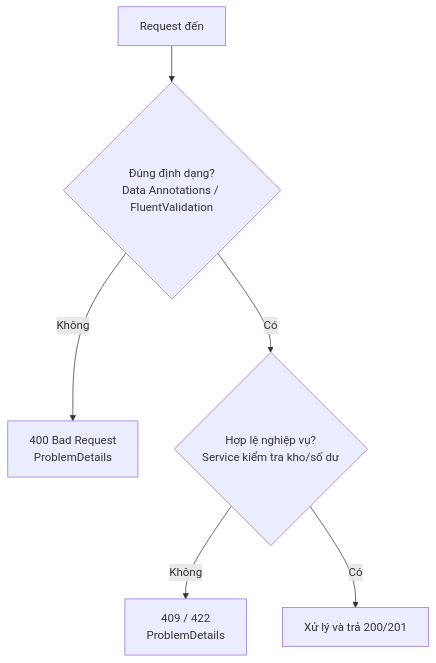
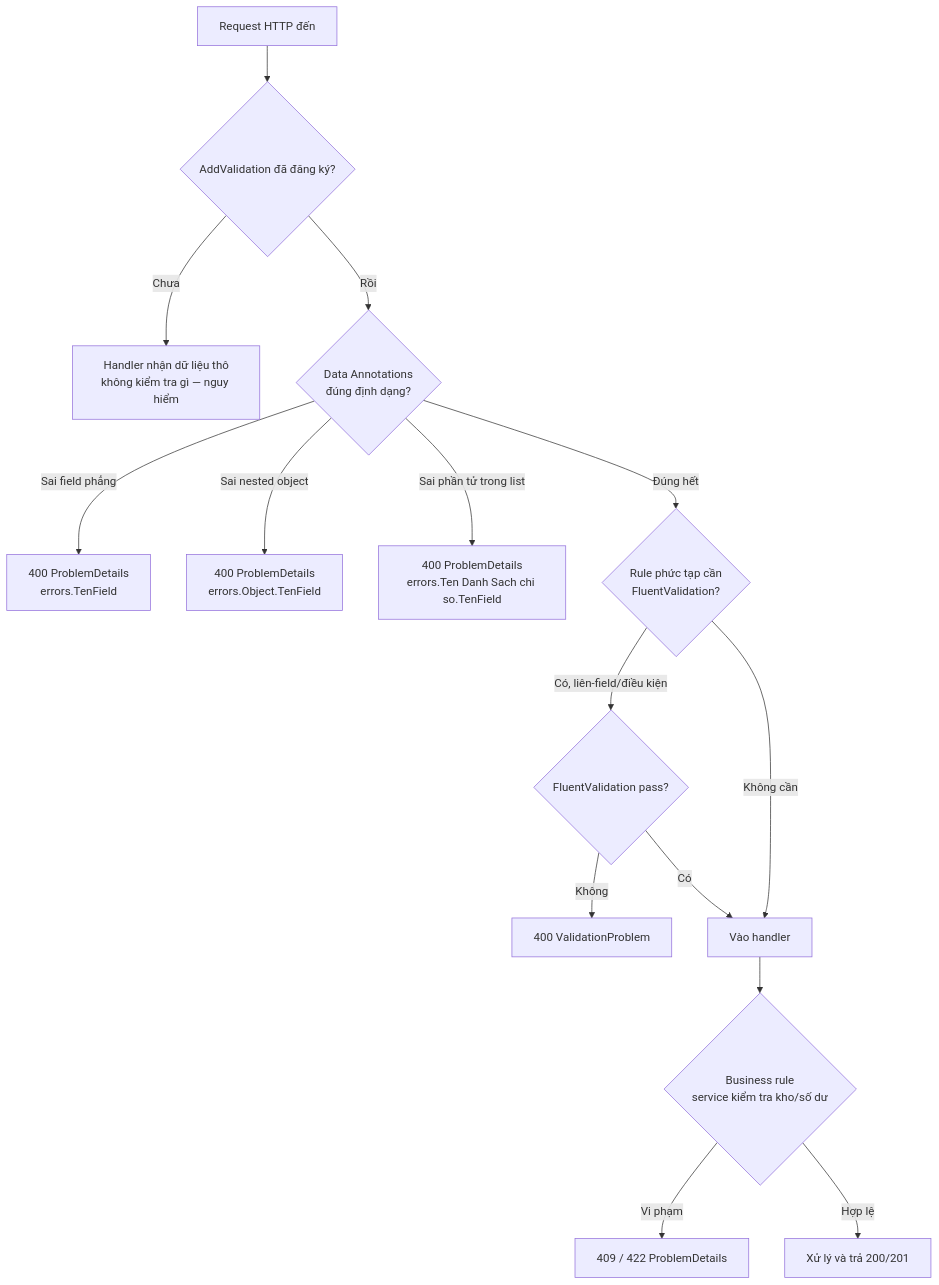
The diagram in docs/p3-web-api/validation.md (iamrealBi/learning-hub-v2), drawn with Mermaid before and after one commit. The commit also changed other lines of this file and 11 other files, not shown here.

````diff
--- a/docs/p3-web-api/validation.md
+++ b/docs/p3-web-api/validation.md
@@ -44,8 +426,17 @@
 ```mermaid
 flowchart TD
-    A[Request đến] --> B{Đúng định dạng?<br/>Data Annotations / FluentValidation}
-    B -->|Không| C[400 Bad Request<br/>ProblemDetails]
-    B -->|Có| D{Hợp lệ nghiệp vụ?<br/>Service kiểm tra kho/số dư}
-    D -->|Không| E[409 / 422<br/>ProblemDetails]
-    D -->|Có| F[Xử lý và trả 200/201]
+    A[Request HTTP đến] --> B{AddValidation đã đăng ký?}
+    B -->|Chưa| Z[Handler nhận dữ liệu thô<br/>không kiểm tra gì — nguy hiểm]
+    B -->|Rồi| C{Data Annotations<br/>đúng định dạng?}
+    C -->|Sai field phẳng| D[400 ProblemDetails<br/>errors.TenField]
+    C -->|Sai nested object| E[400 ProblemDetails<br/>errors.Object.TenField]
+    C -->|Sai phần tử trong list| F[400 ProblemDetails<br/>errors.Ten Danh Sach chi so.TenField]
+    C -->|Đúng hết| G{Rule phức tạp cần<br/>FluentValidation?}
+    G -->|Có, liên-field/điều kiện| H{FluentValidation pass?}
+    H -->|Không| I[400 ValidationProblem]
+    H -->|Có| J[Vào handler]
+    G -->|Không cần| J
+    J --> K{Business rule<br/>service kiểm tra kho/số dư}
+    K -->|Vi phạm| L[409 / 422 ProblemDetails]
+    K -->|Hợp lệ| M[Xử lý và trả 200/201]
 ```
````
